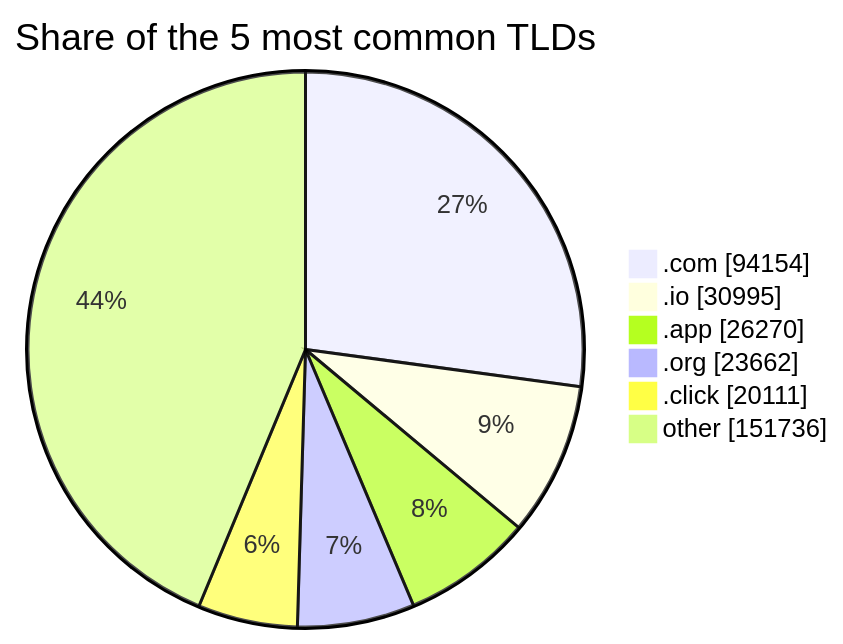
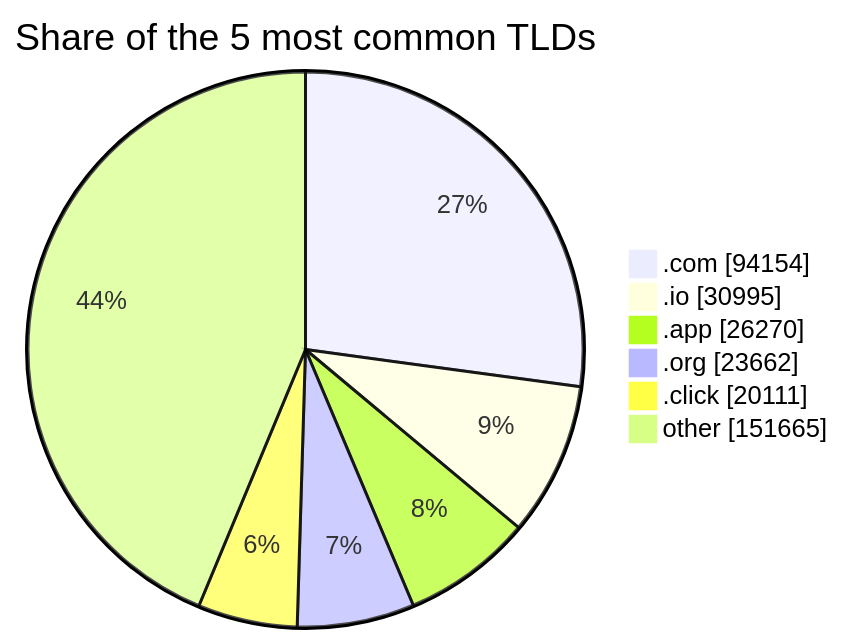
Before and after one commit to DNSBunker/CTI: the third of 3 diagrams in README.md, drawn with Mermaid. The commit also changed other lines of this file and 3 other files, not shown here.

````diff
--- a/README.md
+++ b/README.md
@@ -81,9 +81,9 @@
 ```mermaid
 pie showData title Share of the 5 most common TLDs
     ".com" : 94154
     ".io" : 30995
     ".app" : 26270
     ".org" : 23662
     ".click" : 20111
-    "other" : 151736
+    "other" : 151665
 ```
````
